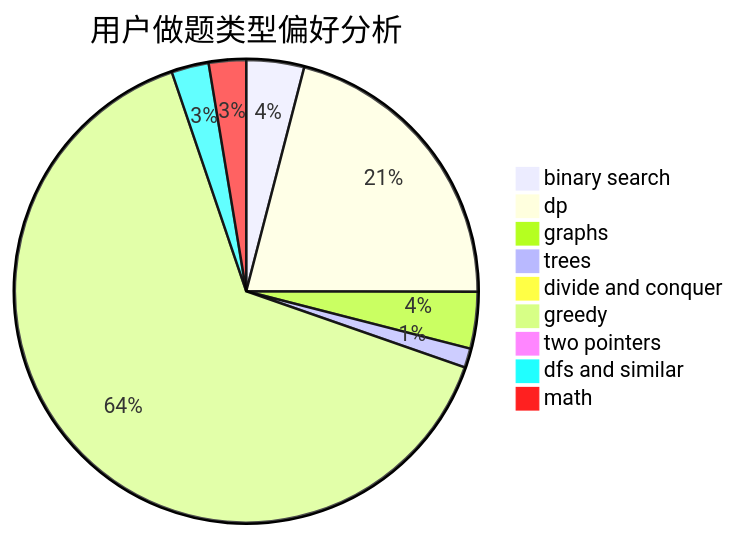
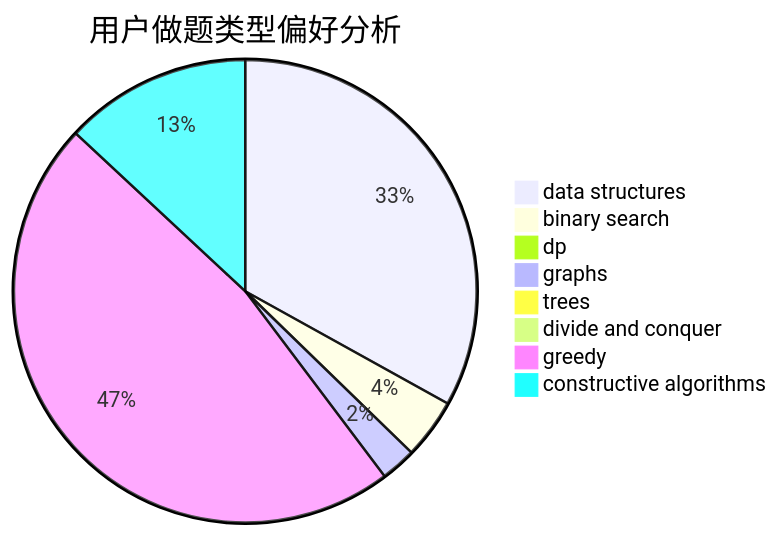
One commit to sherpahu/cfrs.github.io changed the second of 3 diagrams in docs/user/u1665.md. Above: the diagram before and after it, drawn with Mermaid. The commit also changed other lines of this file and 2775 other files, not shown here.

````diff
--- a/docs/user/u1665.md
+++ b/docs/user/u1665.md
@@ -23,12 +23,11 @@
 ```mermaid
 pie title 用户做题类型偏好分析
-    "binary search" :  48
-    "dp" :  250
-    "graphs" :  47
-    "trees" :  16
+    "data structures" :  362
+    "binary search" :  46
+    "dp" :  10
+    "graphs" :  27
+    "trees" :  2
     "divide and conquer" :  0
-    "greedy" :  767
-    "two pointers" :  0
-    "dfs and similar" :  31
-    "math" :  31
+    "greedy" :  517
+    "constructive algorithms" :  143
 ```
````
